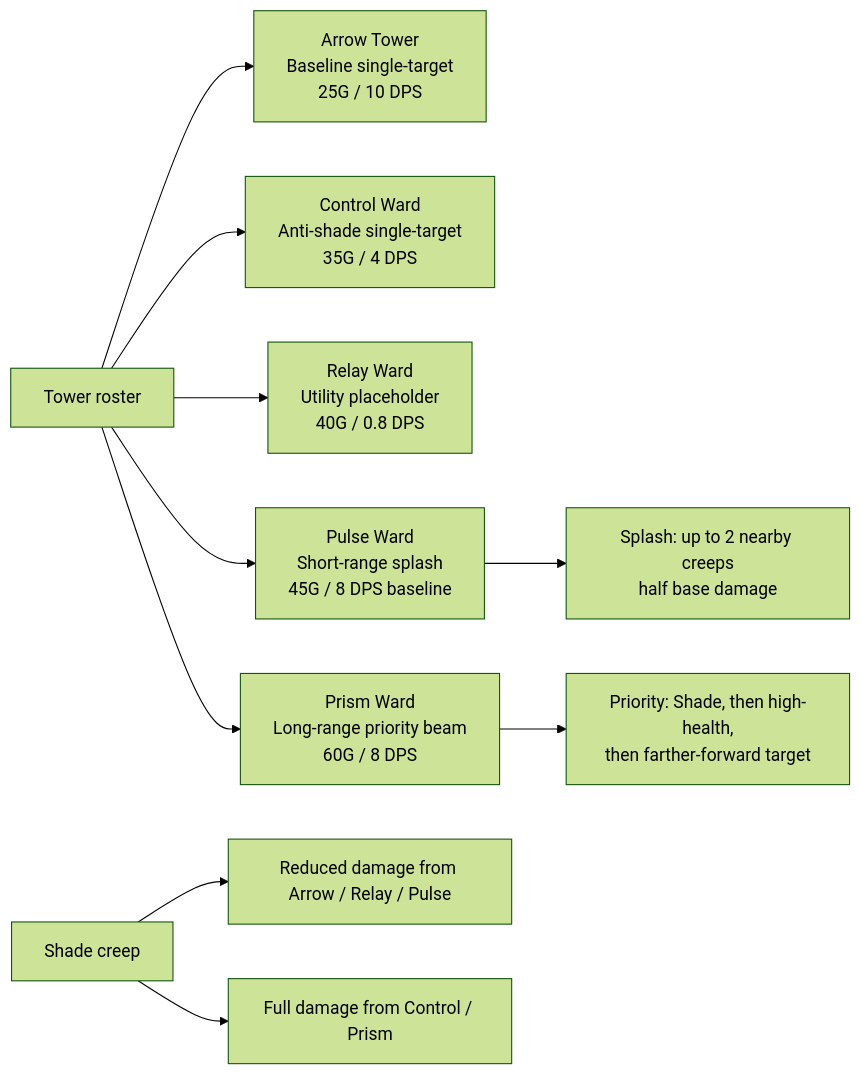
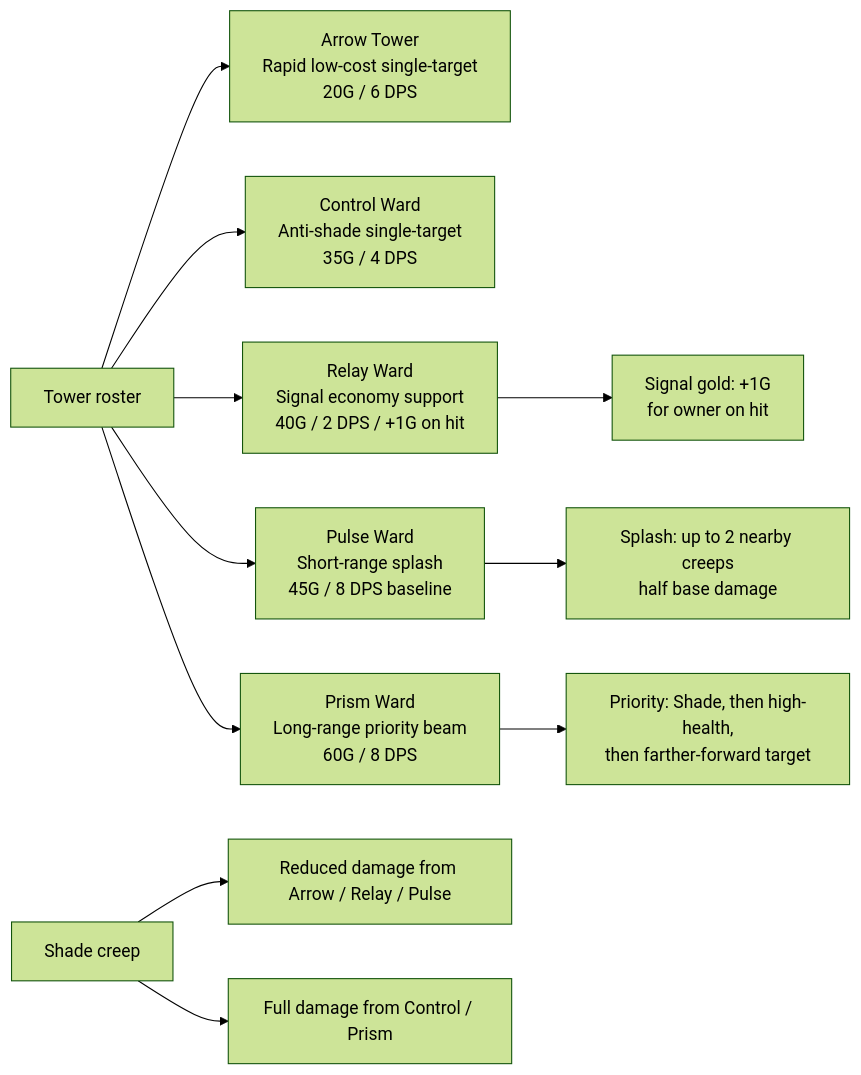
One commit to linewardsdev/Linewards-Dev changed the first of 3 diagrams in docs/TOWER_AND_CREEP_ROSTER.md. Above: the diagram before and after it, drawn with Mermaid (forest theme). The commit also changed other lines of this file and 11 other files, not shown here.

Commit message:
Balance arrow and relay towers

````diff
--- a/docs/TOWER_AND_CREEP_ROSTER.md
+++ b/docs/TOWER_AND_CREEP_ROSTER.md
@@ -34,15 +34,16 @@
 ```mermaid
 flowchart LR
     towers["Tower roster"]
 
-    towers --> arrow["Arrow Tower<br/>Baseline single-target<br/>25G / 10 DPS"]
+    towers --> arrow["Arrow Tower<br/>Rapid low-cost single-target<br/>20G / 6 DPS"]
     towers --> control["Control Ward<br/>Anti-shade single-target<br/>35G / 4 DPS"]
-    towers --> relay["Relay Ward<br/>Utility placeholder<br/>40G / 0.8 DPS"]
+    towers --> relay["Relay Ward<br/>Signal economy support<br/>40G / 2 DPS / +1G on hit"]
     towers --> pulse["Pulse Ward<br/>Short-range splash<br/>45G / 8 DPS baseline"]
     towers --> prism["Prism Ward<br/>Long-range priority beam<br/>60G / 8 DPS"]
 
     shade["Shade creep"] --> reduced["Reduced damage from Arrow / Relay / Pulse"]
     shade --> full["Full damage from Control / Prism"]
     pulse --> splash["Splash: up to 2 nearby creeps<br/>half base damage"]
     prism --> priority["Priority: Shade, then high-health,<br/>then farther-forward target"]
+    relay --> signal["Signal gold: +1G<br/>for owner on hit"]
 ```
````
